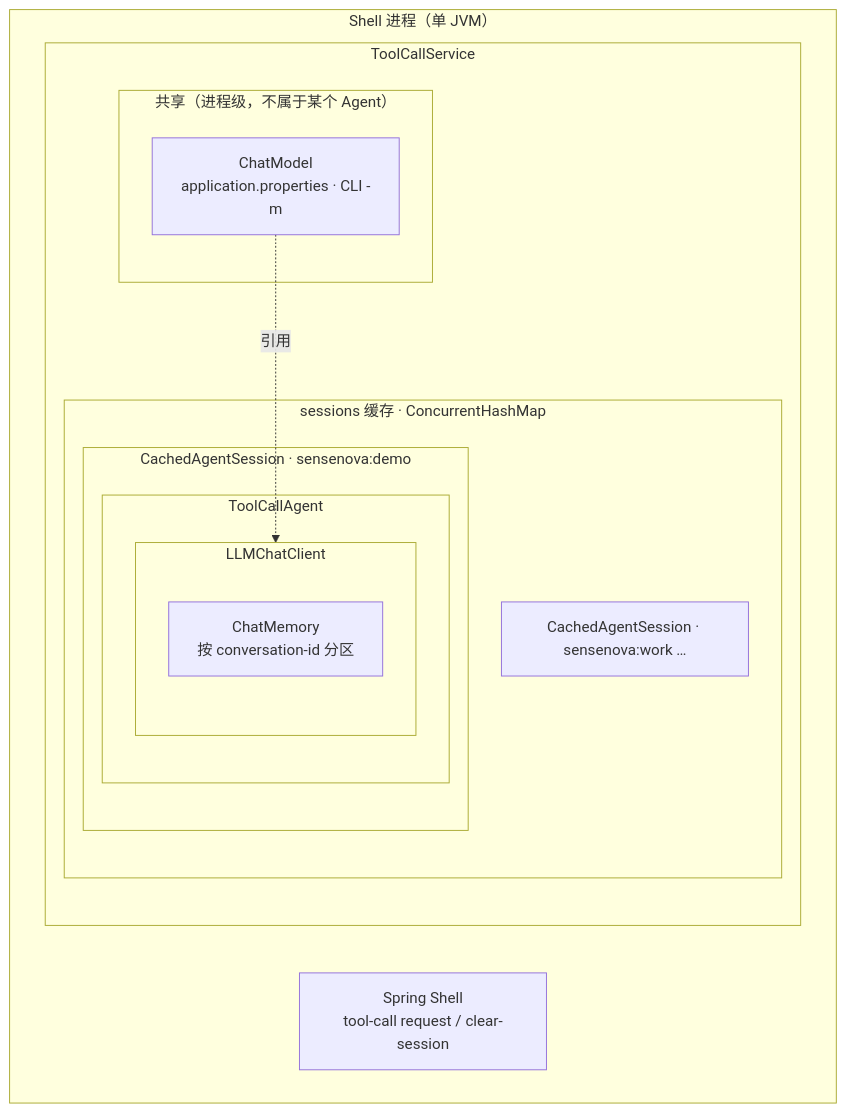
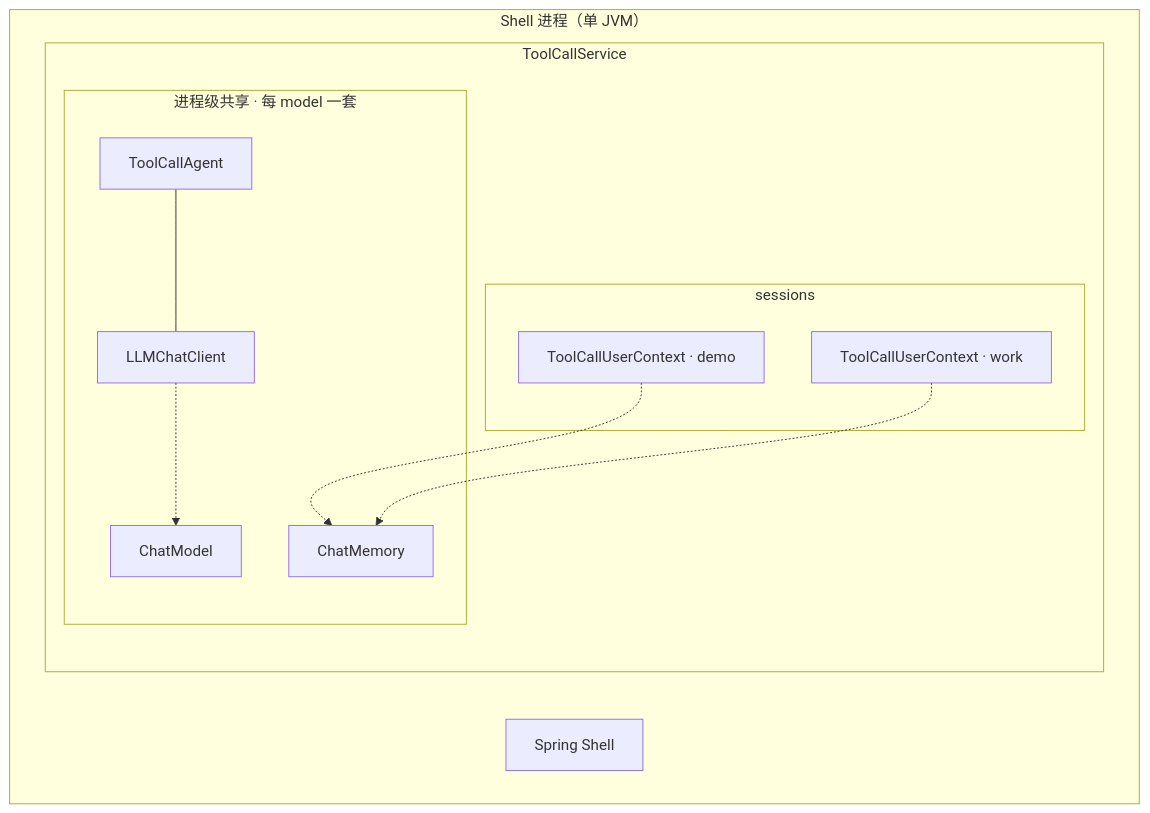
Before and after one commit to jixie-wish/Janus: the second of 6 diagrams in shell/docs/SHELL.md, drawn with Mermaid. The commit also changed other lines of this file and 24 other files, not shown here.

Commit message:
introduce user context

````diff
--- a/shell/docs/SHELL.md
+++ b/shell/docs/SHELL.md
@@ -15,22 +88,21 @@
 ```mermaid
 graph TB
     subgraph SHELL["Shell 进程（单 JVM）"]
-        CLI["Spring Shell<br/>tool-call request / clear-session"]
+        CLI["Spring Shell"]
         subgraph SVC["ToolCallService"]
-            subgraph SHARED["共享（进程级，不属于某个 Agent）"]
-                CM["ChatModel<br/>application.properties · CLI -m"]
+            subgraph SHARED["进程级共享 · 每 model 一套"]
+                CM["ChatModel"]
+                MEM["ChatMemory"]
+                AG["ToolCallAgent"]
+                LC["LLMChatClient"]
             end
-            subgraph CACHE["sessions 缓存 · ConcurrentHashMap"]
-                subgraph SESS1["CachedAgentSession · sensenova:demo"]
-                    subgraph AG1["ToolCallAgent"]
-                        subgraph LC1["LLMChatClient"]
-                            MEM1["ChatMemory<br/>按 conversation-id 分区"]
-                        end
-                    end
-                end
-                SESS2["CachedAgentSession · sensenova:work …"]
+            subgraph CACHE["sessions"]
+                CTX1["ToolCallUserContext · demo"]
+                CTX2["ToolCallUserContext · work"]
             end
         end
     end
-    CM -.->|引用| LC1
+    AG --- LC
+    LC -.-> CM
+    CTX1 & CTX2 -.-> MEM
 ```
````
